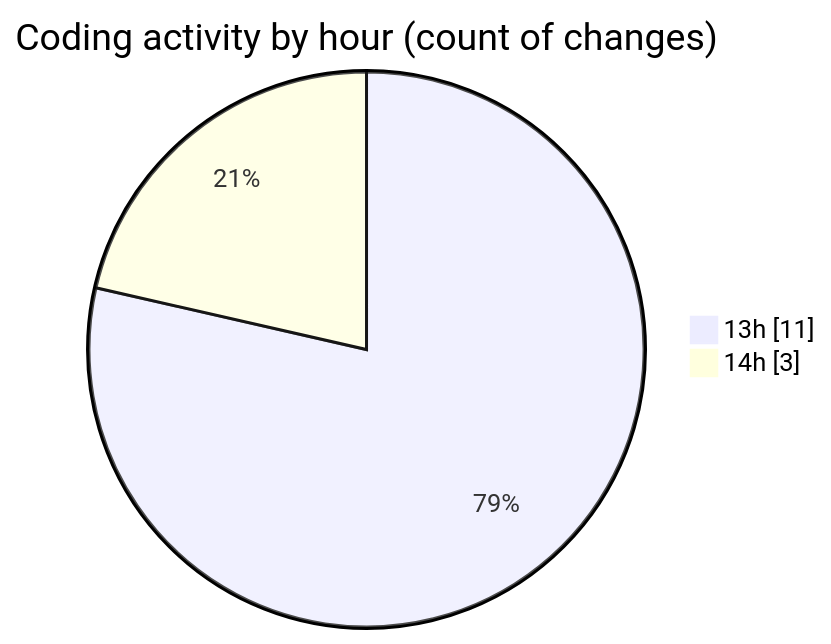
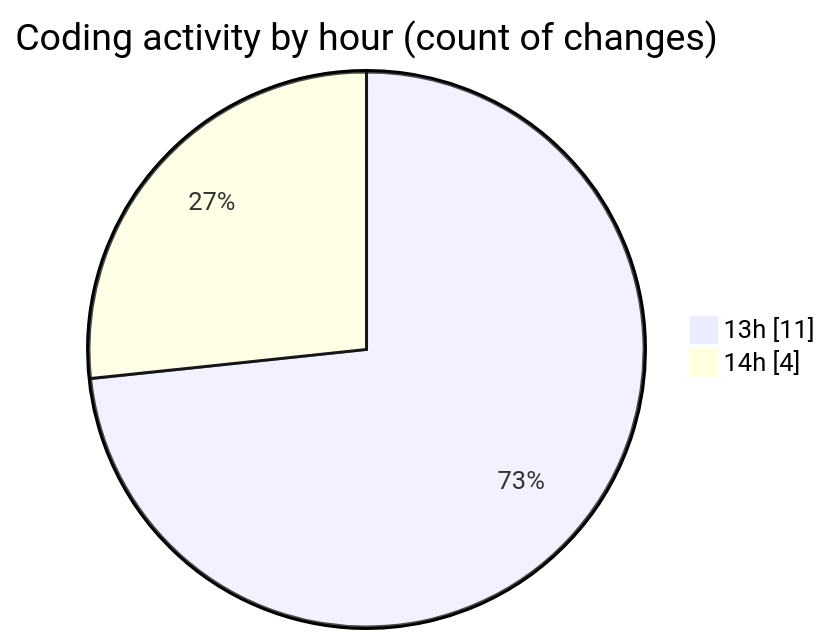
Before and after one commit to lephambinh05/code-tracking: the second of 2 diagrams in 2025-07-22/cnpm/README.md, drawn with Mermaid. The commit also changed other lines of this file and 1 other file, not shown here.

````diff
--- a/2025-07-22/cnpm/README.md
+++ b/2025-07-22/cnpm/README.md
@@ -34,6 +34,6 @@
 ```mermaid
 pie showData
 title Coding activity by hour (count of changes)
 "13h" : 11
-"14h" : 3
+"14h" : 4
 ```
````
